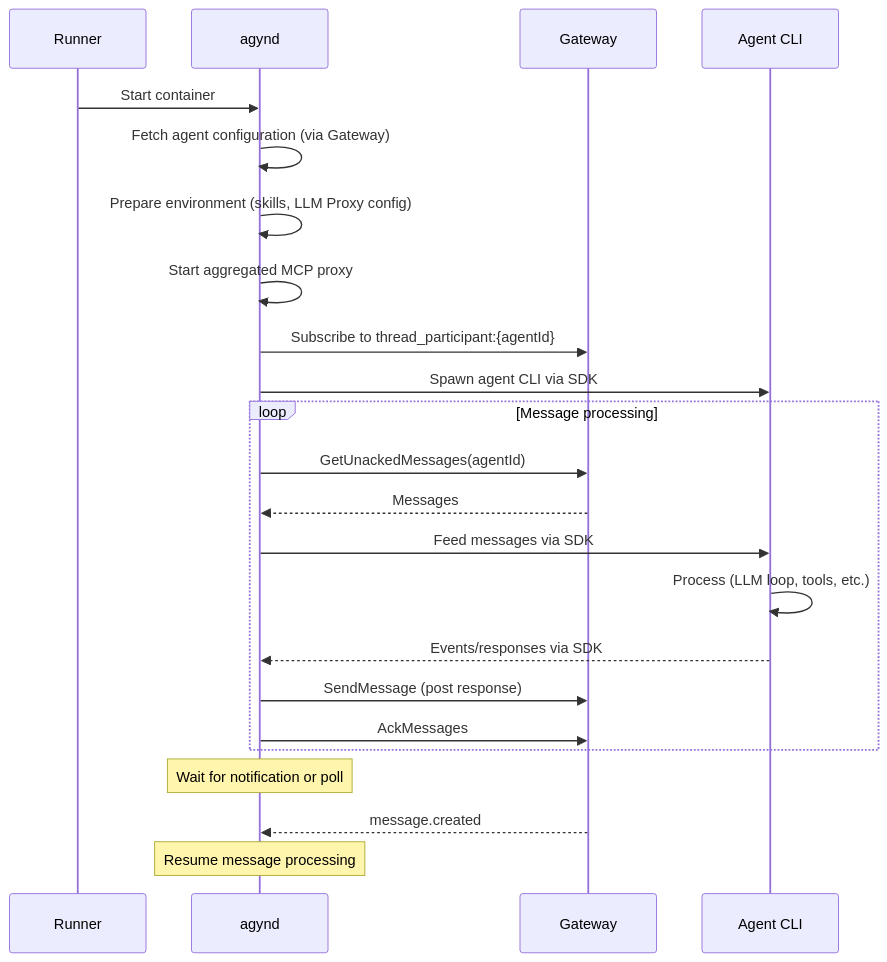
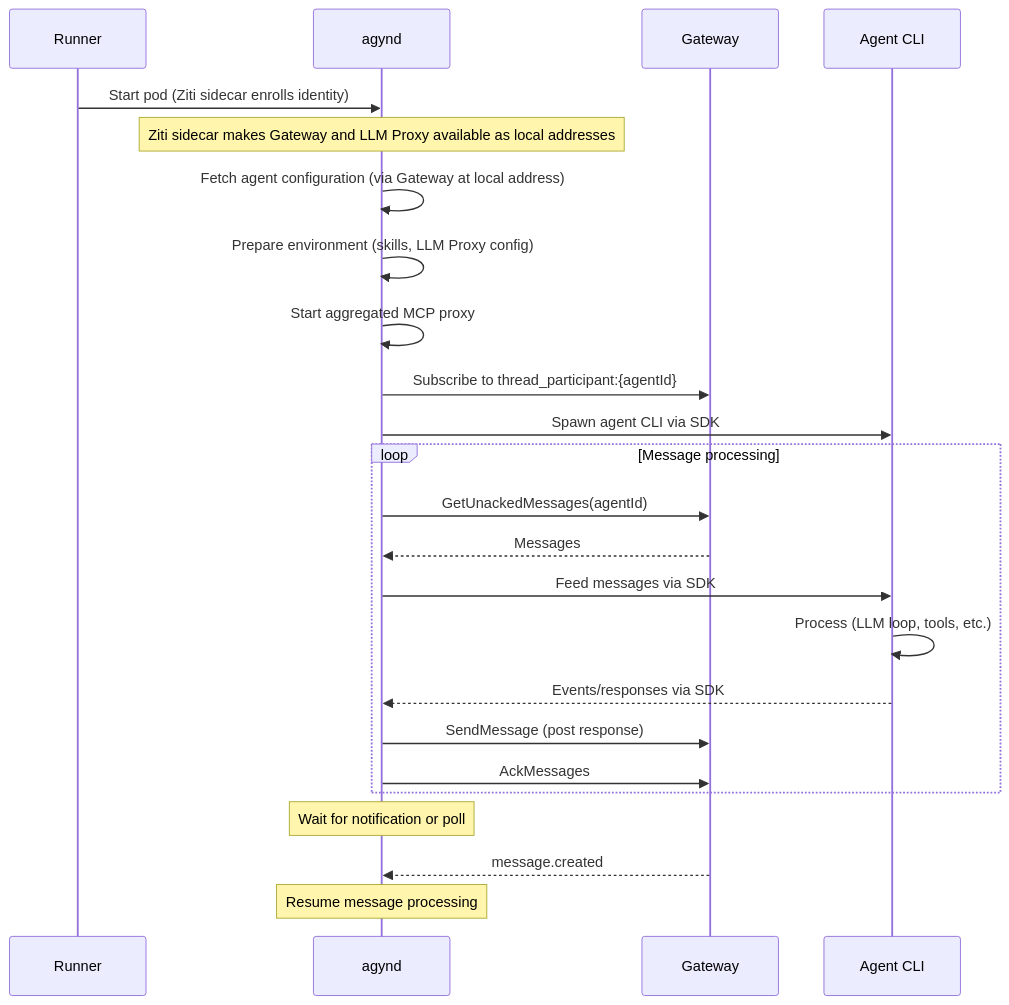
One commit to agynio/architecture changed the second of 2 diagrams in architecture/agynd-cli.md. Above: the diagram before and after it, drawn with Mermaid. The commit also changed other lines of this file and 11 other files, not shown here.

Commit message:
fix: document ziti sidecar model

````diff
--- a/architecture/agynd-cli.md
+++ b/architecture/agynd-cli.md
@@ -135,28 +142,29 @@
 ```mermaid
 sequenceDiagram
     participant R as Runner
     participant D as agynd
     participant GW as Gateway
     participant A as Agent CLI
 
-    R->>D: Start container
-    D->>D: Fetch agent configuration (via Gateway)
+    R->>D: Start pod (Ziti sidecar enrolls identity)
+    Note over D: Ziti sidecar makes Gateway and LLM Proxy available as local addresses
+    D->>D: Fetch agent configuration (via Gateway at local address)
     D->>D: Prepare environment (skills, LLM Proxy config)
     D->>D: Start aggregated MCP proxy
     D->>GW: Subscribe to thread_participant:{agentId}
     D->>A: Spawn agent CLI via SDK
 
     loop Message processing
         D->>GW: GetUnackedMessages(agentId)
         GW-->>D: Messages
         D->>A: Feed messages via SDK
         A->>A: Process (LLM loop, tools, etc.)
         A-->>D: Events/responses via SDK
         D->>GW: SendMessage (post response)
         D->>GW: AckMessages
     end
 
     Note over D: Wait for notification or poll
     GW-->>D: message.created
     Note over D: Resume message processing
 ```
````
